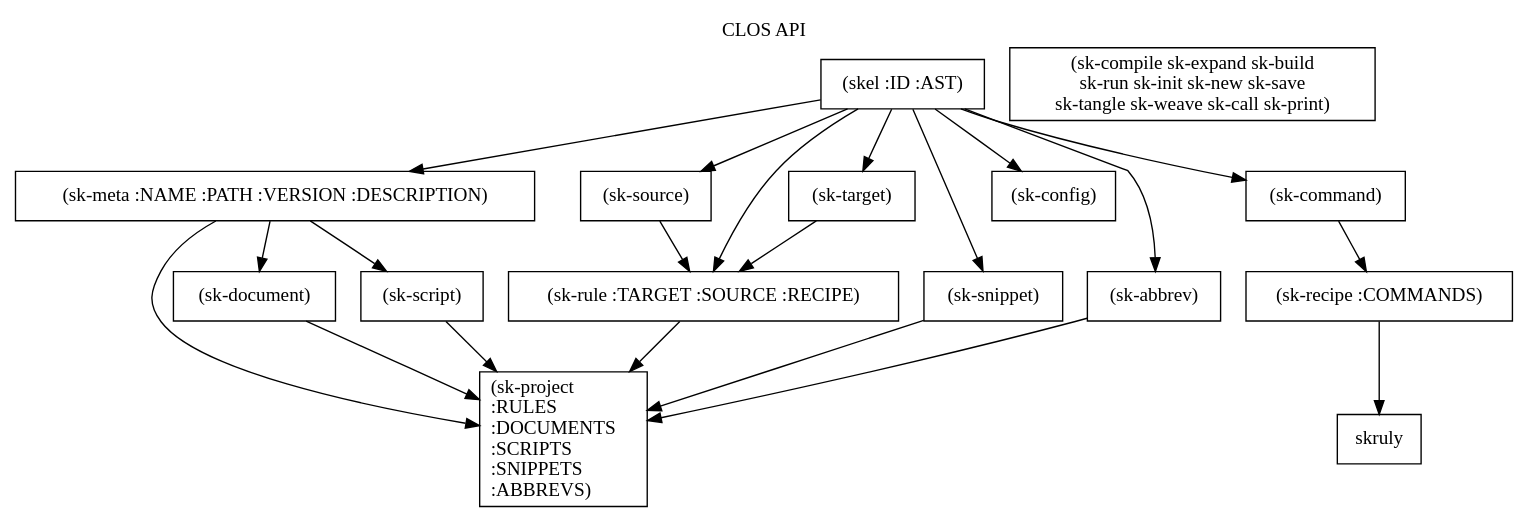
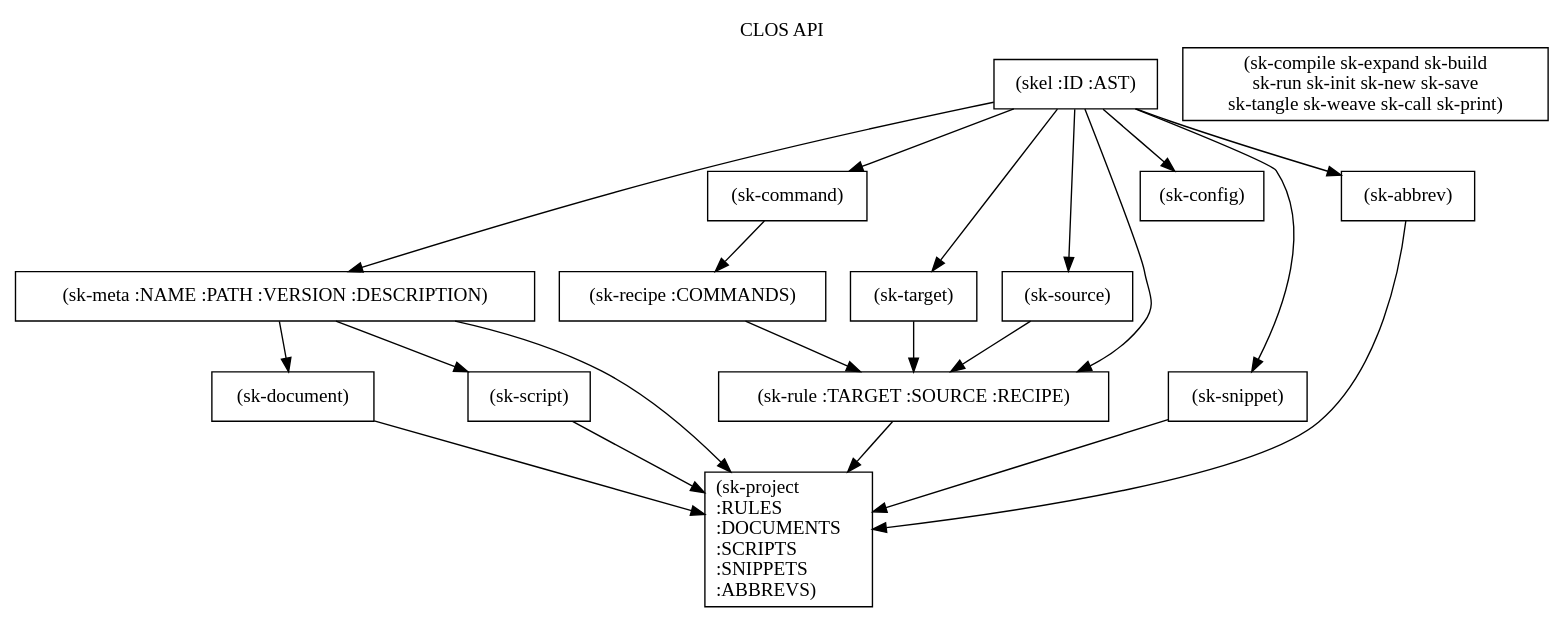
The diagram in readme.org (richardwesthaver/skel), drawn with Graphviz before and after one commit.

```diff
--- a/readme.org
+++ b/readme.org
@@ -93,38 +93,38 @@
 #+begin_src dot :file api.svg :exports results
   digraph { splines=true; label="CLOS API"; labelloc="t"; node [shape=record];
     sk [label="(skel :ID :AST)"]
     methods [label="(sk-compile sk-expand sk-build\nsk-run sk-init sk-new sk-save\nsk-tangle sk-weave sk-call sk-print)"]
     skmet [label="(sk-meta :NAME :PATH :VERSION :DESCRIPTION)"]
     skcmd [label="(sk-command)"]
     sktar [label="(sk-target)"]
     sksrc [label="(sk-source)"]
     skrec [label="(sk-recipe :COMMANDS)"]
     skrul [label="(sk-rule :TARGET :SOURCE :RECIPE)"]
     skdoc [label="(sk-document)"]
     skscr [label="(sk-script)"]
     skcfg [label="(sk-config)"]
     sksni [label="(sk-snippet)"]    
     skabb [label="(sk-abbrev)"]
     skpro [label="(sk-project\l:RULES\l:DOCUMENTS\l:SCRIPTS\l:SNIPPETS\l:ABBREVS)\l"]
     sk -> skmet
     sk -> skcfg
     sk -> sksni
     sk -> skabb
     sk -> sktar
     sk -> skrul
     sk -> sksrc
     sk -> skcmd
     skmet -> skpro
     skmet -> skdoc    
     skmet -> skscr    
     skrul -> skpro
     skscr -> skpro
     skdoc -> skpro
     sksni -> skpro
     skabb -> skpro
     sktar -> skrul
     sksrc -> skrul
-    skrec -> skruly
+    skrec -> skrul
     skcmd -> skrec
   }
 #+end_src
```
